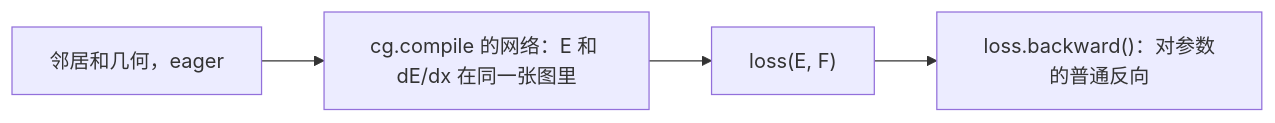
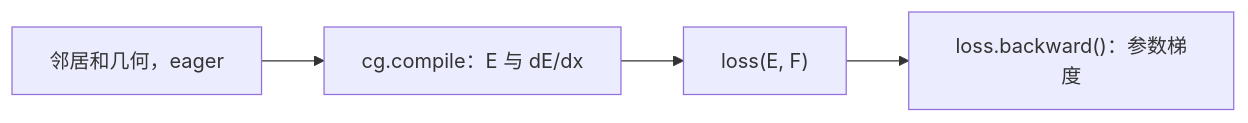
One commit to zhoushouxin00-aka/create_graph changed the diagram in README.md. Above: the diagram before and after it, drawn with Mermaid. The commit also changed other lines of this file and 4 other files, not shown here.

````diff
--- a/README.md
+++ b/README.md
@@ -30,6 +53,6 @@
 ```mermaid
 flowchart LR
-  geom["邻居和几何，eager"] --> region["cg.compile 的网络：E 和 dE/dx 在同一张图里"]
+  geom["邻居和几何，eager"] --> region["cg.compile：E 与 dE/dx"]
   region --> loss["loss(E, F)"]
-  loss --> paramGrad["loss.backward()：对参数的普通反向"]
+  loss --> paramGrad["loss.backward()：参数梯度"]
 ```
````
